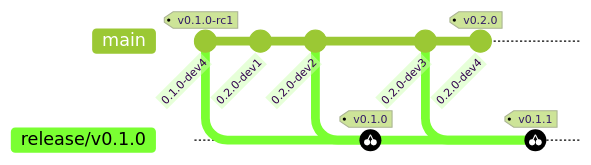
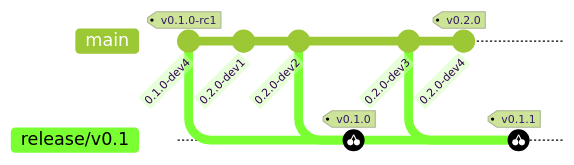
Before and after one commit to tomtom-international/commisery-action: diagram 14 of 14 in docs/SdkVersioning.md, drawn with Mermaid (forest theme). The commit also changed other lines of this file and 1 other file, not shown here.

````diff
--- a/docs/SdkVersioning.md
+++ b/docs/SdkVersioning.md
@@ -570,15 +570,15 @@
 ```mermaid
 gitGraph
   commit id: "0.1.0-dev4" tag: "v0.1.0-rc1"
-  branch release/v0.1.0
+  branch release/v0.1
   checkout main
   commit id: "0.2.0-dev1"
   commit id: "0.2.0-dev2"
-  checkout release/v0.1.0
+  checkout release/v0.1
   cherry-pick id: "0.2.0-dev2" tag: "v0.1.0"
   checkout main
   commit id: "0.2.0-dev3"
   commit id: "0.2.0-dev4" tag: "v0.2.0"
-  checkout release/v0.1.0
+  checkout release/v0.1
   cherry-pick id: "0.2.0-dev3" tag: "v0.1.1"
 ```
````
